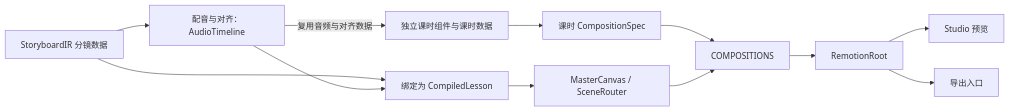
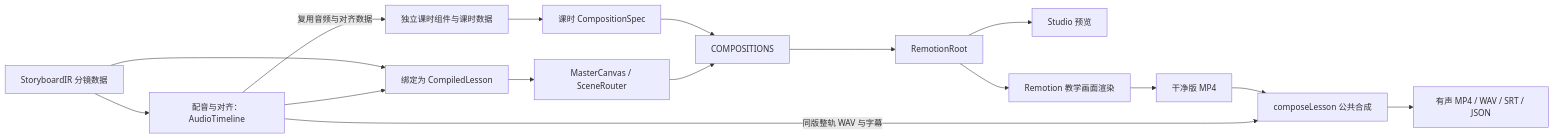
The diagram in docs/architecture/architecture-design-v2.0.md (xingjing314/course-video-pipeline-codex), drawn with Mermaid before and after one commit. The commit also changed other lines of this file and 9 other files, not shown here.

````diff
--- a/docs/architecture/architecture-design-v2.0.md
+++ b/docs/architecture/architecture-design-v2.0.md
@@ -15,14 +15,18 @@
 ```mermaid
 flowchart LR
     IR["StoryboardIR 分镜数据"] --> AUDIO["配音与对齐：AudioTimeline"]
     IR --> LINK["绑定为 CompiledLesson"]
     AUDIO --> LINK
     AUDIO -->|"复用音频与对齐数据"| LOCAL["独立课时组件与课时数据"]
     LOCAL --> SPEC["课时 CompositionSpec"]
     LINK --> MASTER["MasterCanvas / SceneRouter"]
     SPEC --> ALL["COMPOSITIONS"]
     MASTER --> ALL
     ALL --> ROOT["RemotionRoot"]
     ROOT --> STUDIO["Studio 预览"]
-    ROOT --> RENDER["导出入口"]
+    ROOT --> RENDER["Remotion 教学画面渲染"]
+    RENDER --> CLEAN["干净版 MP4"]
+    CLEAN --> COMPOSE["composeLesson 公共合成"]
+    AUDIO -->|"同版整轨 WAV 与字幕"| COMPOSE
+    COMPOSE --> DELIVERY["有声 MP4 / WAV / SRT / JSON"]
 ```
````
